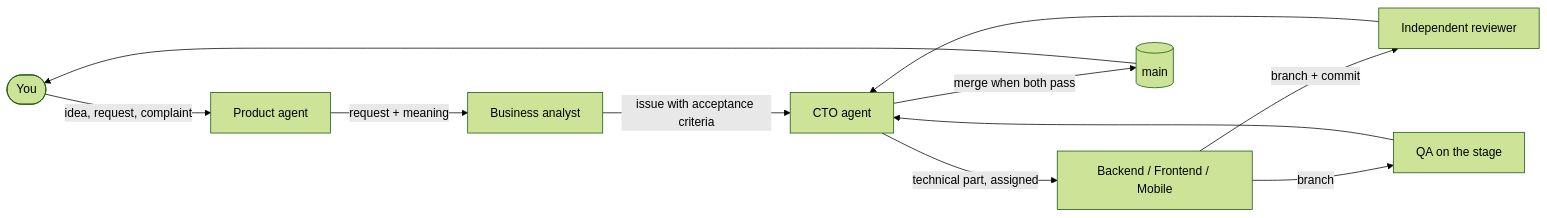
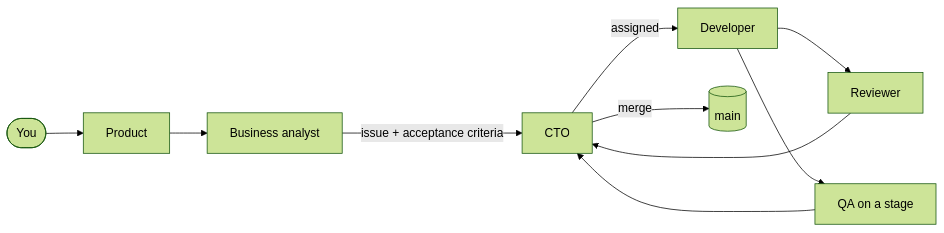
One commit to ioncat/teamkit changed the diagram in README.md. Above: the diagram before and after it, drawn with Mermaid (forest theme). The commit also changed other lines of this file and 12 other files, not shown here.

Commit message:
docs(roles): the logic check becomes the reviewer's 'logic and flows' lens, Logic Checker removed; README shortened

````diff
--- a/README.md
+++ b/README.md
@@ -35,13 +26,12 @@
 ```mermaid
 flowchart LR
-    O([You]) -->|idea, request, complaint| P[Product agent]
-    P -->|request + meaning| A[Business analyst]
-    A -->|issue with acceptance criteria| C[CTO agent]
-    C -->|technical part, assigned| D[Backend / Frontend / Mobile]
-    D -->|branch + commit| R[Independent reviewer]
-    D -->|branch| Q[QA on the stage]
+    O([You]) --> P[Product]
+    P --> A[Business analyst]
+    A -->|issue + acceptance criteria| C[CTO]
+    C -->|assigned| D[Developer]
+    D --> R[Reviewer]
+    D --> Q[QA on a stage]
     R --> C
     Q --> C
-    C -->|merge when both pass| M[(main)]
-    M --> O
+    C -->|merge| M[(main)]
 ```
````
